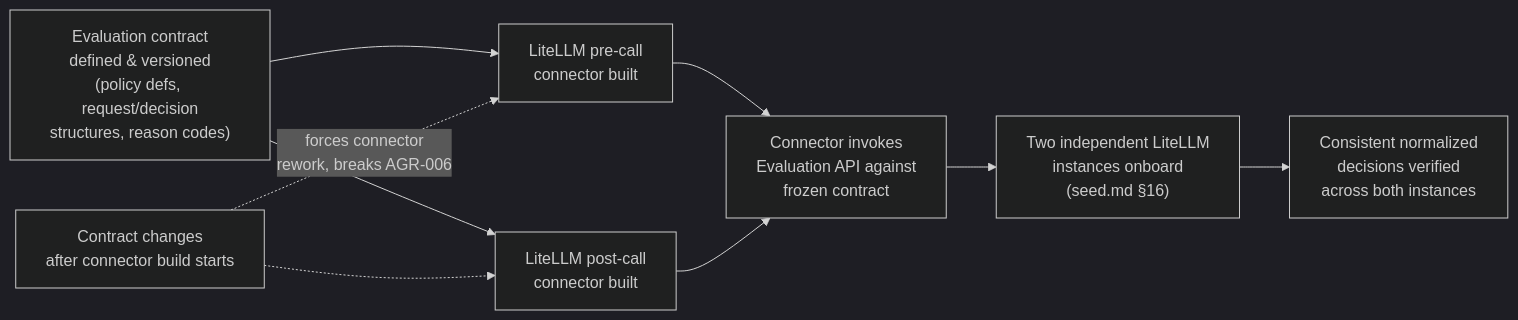
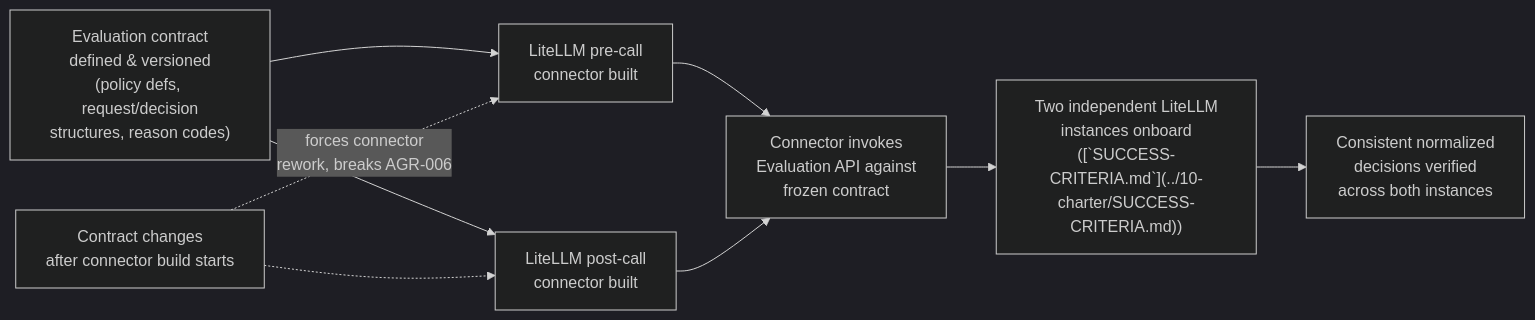
The first of 2 diagrams in solution-docs/60-delivery/DEPENDENCIES.md (veglezMX/guardrails), drawn with Mermaid (dark theme) before and after one commit. The commit also changed other lines of this file and 91 other files, not shown here.

````diff
--- a/solution-docs/60-delivery/DEPENDENCIES.md
+++ b/solution-docs/60-delivery/DEPENDENCIES.md
@@ -153,12 +153,12 @@
 ```mermaid
 flowchart LR
     A["Evaluation contract\ndefined & versioned\n(policy defs, request/decision\nstructures, reason codes)"] --> B["LiteLLM pre-call\nconnector built"]
     A --> C["LiteLLM post-call\nconnector built"]
     B --> D["Connector invokes\nEvaluation API against\nfrozen contract"]
     C --> D
-    D --> E["Two independent LiteLLM\ninstances onboard\n(seed.md §16)"]
+ D --> E["Two independent LiteLLM\ninstances onboard\n([`SUCCESS-CRITERIA.md`](../10-charter/SUCCESS-CRITERIA.md))"]
     E --> F["Consistent normalized\ndecisions verified\nacross both instances"]
 
     G["Contract changes\nafter connector build starts"] -.->|"forces connector\nrework, breaks AGR-006"| B
     G -.-> C
 ```
````
